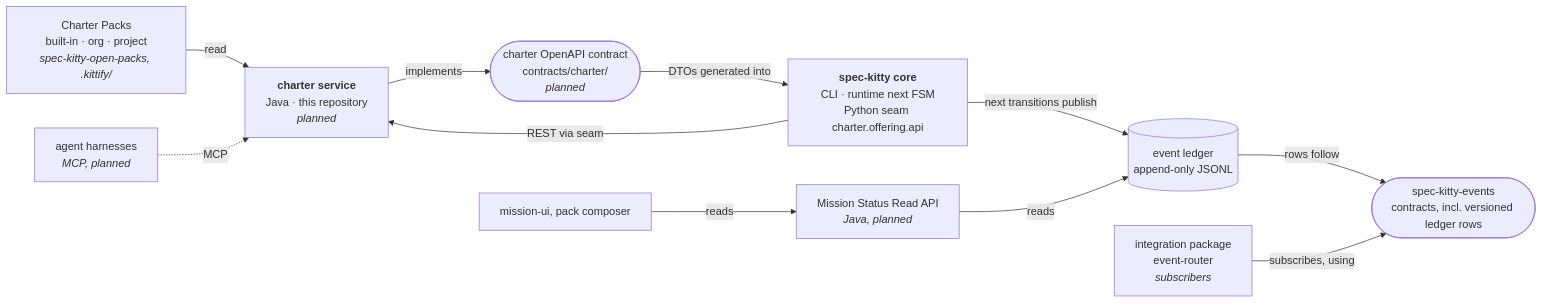
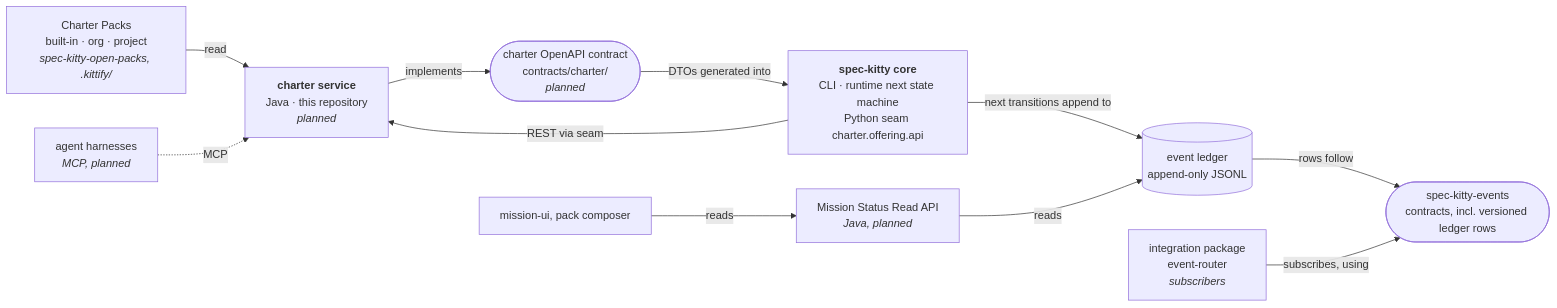
The diagram in docs/context/system-context.md (spec-kitty/spec-kitty-charter), drawn with Mermaid before and after one commit. The commit also changed other lines of this file and 22 other files, not shown here.

````diff
--- a/docs/context/system-context.md
+++ b/docs/context/system-context.md
@@ -19,24 +19,24 @@
 ```mermaid
 flowchart LR
   packs["Charter Packs<br/>built-in · org · project<br/><i>spec-kitty-open-packs, .kittify/</i>"]
   charter["<b>charter service</b><br/>Java · this repository<br/><i>planned</i>"]
   contract(["charter OpenAPI contract<br/>contracts/charter/<br/><i>planned</i>"])
-  core["<b>spec-kitty core</b><br/>CLI · runtime next FSM<br/>Python seam charter.offering.api"]
+  core["<b>spec-kitty core</b><br/>CLI · runtime next state machine<br/>Python seam charter.offering.api"]
   agents["agent harnesses<br/><i>MCP, planned</i>"]
   ledger[("event ledger<br/>append-only JSONL")]
   events(["spec-kitty-events<br/>contracts, incl. versioned ledger rows"])
   router["integration package<br/>event-router<br/><i>subscribers</i>"]
   mstatus["Mission Status Read API<br/><i>Java, planned</i>"]
   ui["mission-ui, pack composer"]
 
   packs -->|read| charter
   charter -->|implements| contract
   contract -->|DTOs generated into| core
   core -->|REST via seam| charter
   agents -.->|MCP| charter
-  core -->|next transitions publish| ledger
+  core -->|next transitions append to| ledger
   ledger -->|rows follow| events
   router -->|subscribes, using| events
   mstatus -->|reads| ledger
   ui -->|reads| mstatus
 ```
````
